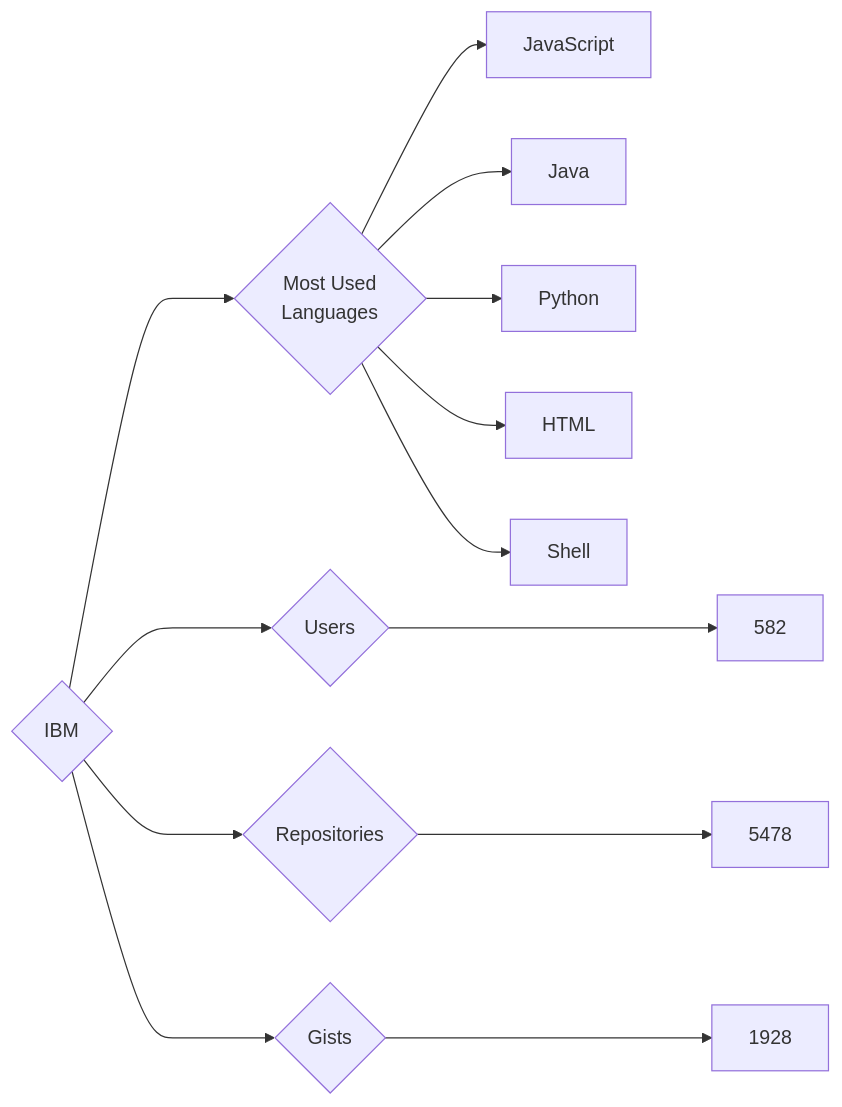
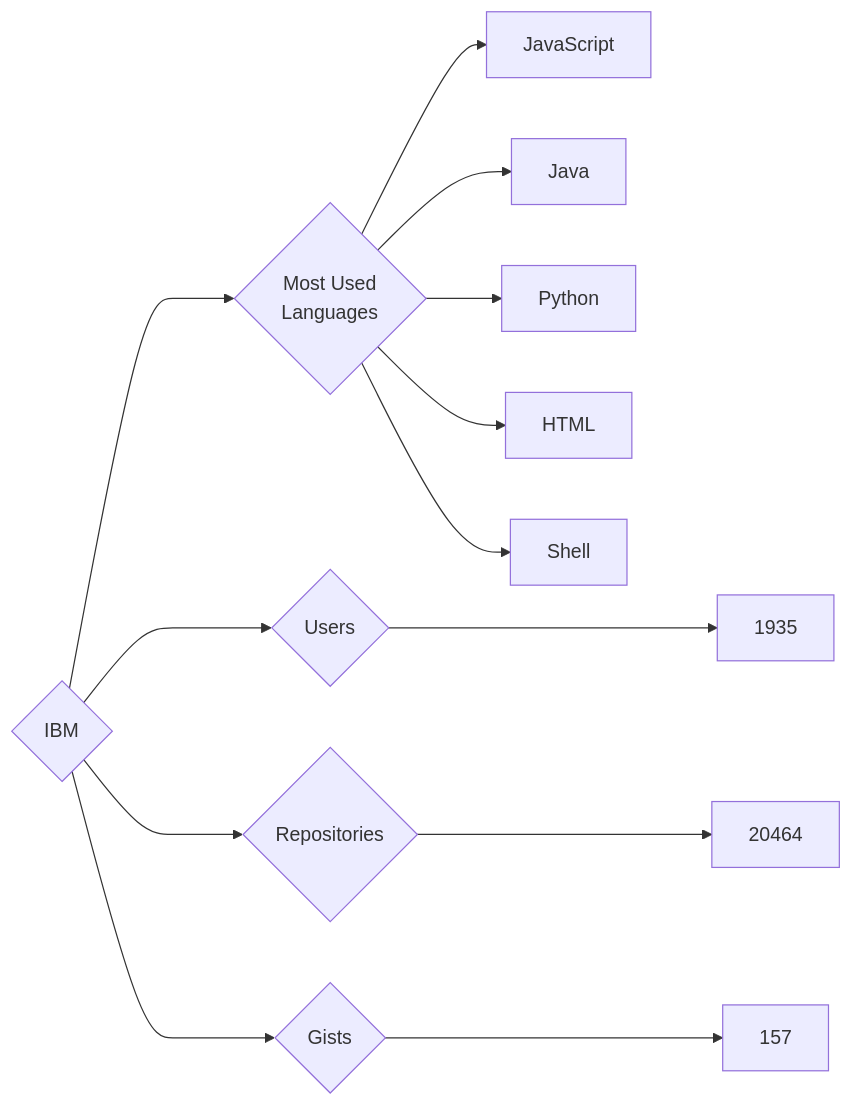
Before and after one commit to trickest/insiders: the diagram in targets/IBM/README.md, drawn with Mermaid. The commit also changed 715 other files, not shown here.

````diff
--- a/targets/IBM/README.md
+++ b/targets/IBM/README.md
@@ -3,13 +3,13 @@
 ```mermaid
 graph LR
 COMPANY_NAME{IBM}
-COMPANY_NAME ---> U{Users} ---> UN[582]
-COMPANY_NAME ---> R{Repositories} ---> RN[5478]
-COMPANY_NAME ---> G{Gists} ---> GN[1928]
+COMPANY_NAME ---> U{Users} ---> UN[1935]
+COMPANY_NAME ---> R{Repositories} ---> RN[20464]
+COMPANY_NAME ---> G{Gists} ---> GN[157]
 COMPANY_NAME ---> ML{Most Used<br>Languages}
 ML --> JavaScript[JavaScript]
 ML --> Java[Java]
 ML --> Python[Python]
 ML --> HTML[HTML]
 ML --> Shell[Shell]
 ```
````
